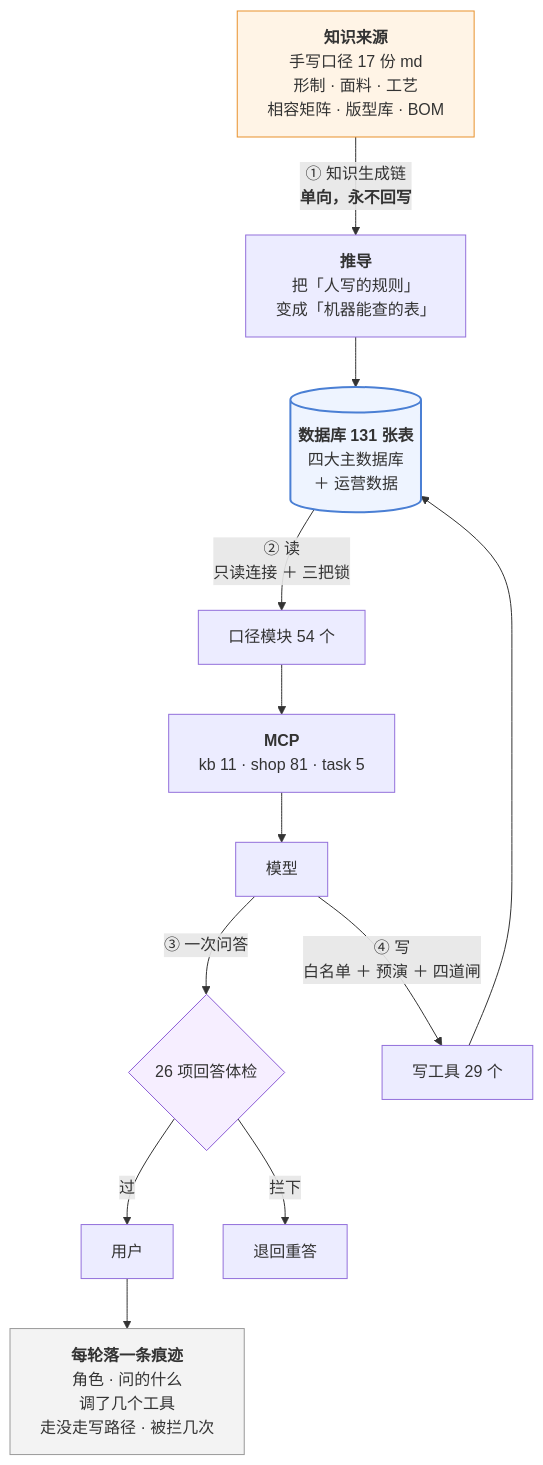
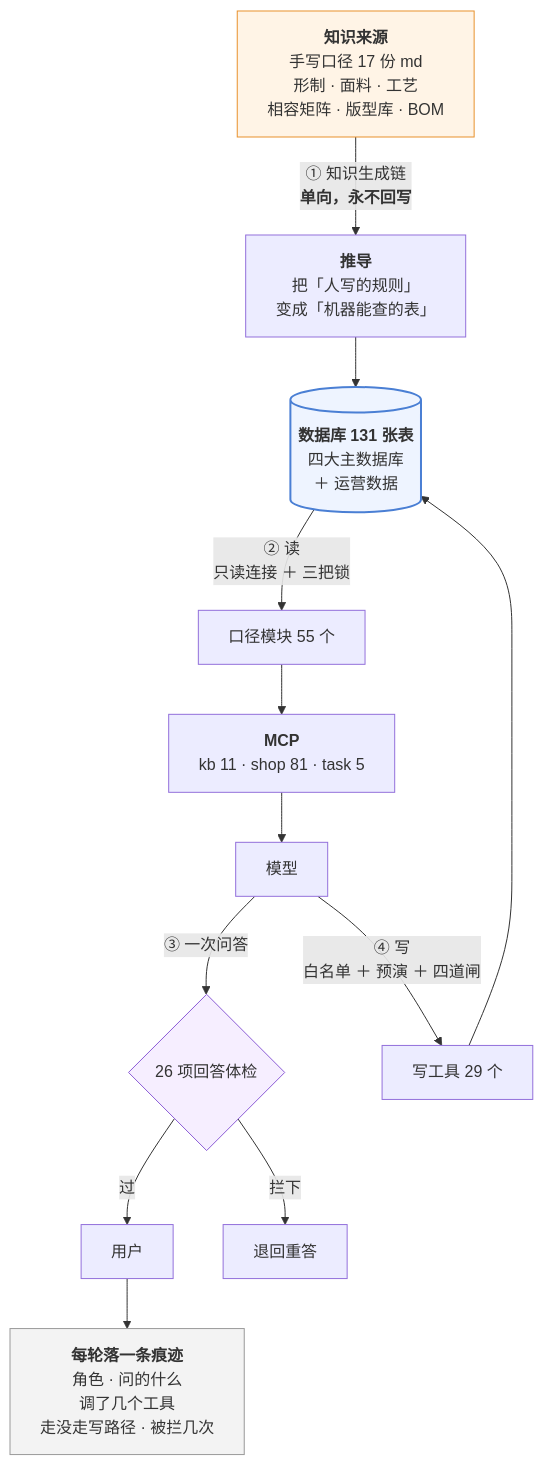
Before and after one commit to 843773296-rgb/lanxiu-yunshang-agent: the third of 3 diagrams in 澜绣云裳agent-产品说明.md, drawn with Mermaid. The commit also changed other lines of this file and 19 other files, not shown here.

````diff
--- a/澜绣云裳agent-产品说明.md
+++ b/澜绣云裳agent-产品说明.md
@@ -1042,24 +1042,24 @@
 ```mermaid
 flowchart TD
     MD["<b>知识来源</b><br/>手写口径 17 份 md<br/>形制 · 面料 · 工艺<br/>相容矩阵 · 版型库 · BOM"]
     MD -->|"① 知识生成链<br/><b>单向，永不回写</b>"| DV["<b>推导</b><br/>把「人写的规则」<br/>变成「机器能查的表」"]
     DV --> DB[("<b>数据库 131 张表</b><br/>四大主数据库<br/>＋ 运营数据")]
 
-    DB -->|"② 读<br/>只读连接 ＋ 三把锁"| KJ["口径模块 54 个"]
+    DB -->|"② 读<br/>只读连接 ＋ 三把锁"| KJ["口径模块 55 个"]
     KJ --> MCP["<b>MCP</b><br/>kb 11 · shop 81 · task 5"]
     MCP --> LLM["模型"]
 
     LLM -->|"③ 一次问答"| GD{"26 项回答体检"}
     GD -- 过 --> U["用户"]
     GD -- 拦下 --> RE["退回重答"]
 
     LLM -->|"④ 写<br/>白名单 ＋ 预演 ＋ 四道闸"| W["写工具 29 个"]
     W --> DB
 
     U --> TR["<b>每轮落一条痕迹</b><br/>角色 · 问的什么<br/>调了几个工具<br/>走没走写路径 · 被拦几次"]
 
     style MD fill:#fff4e6,stroke:#e8912d
     style DB fill:#eef4ff,stroke:#4a7fd4,stroke-width:2px
     style GD fill:#f6eeff,stroke:#8b5cd6
     style TR fill:#f3f3f3,stroke:#999
 ```
````
